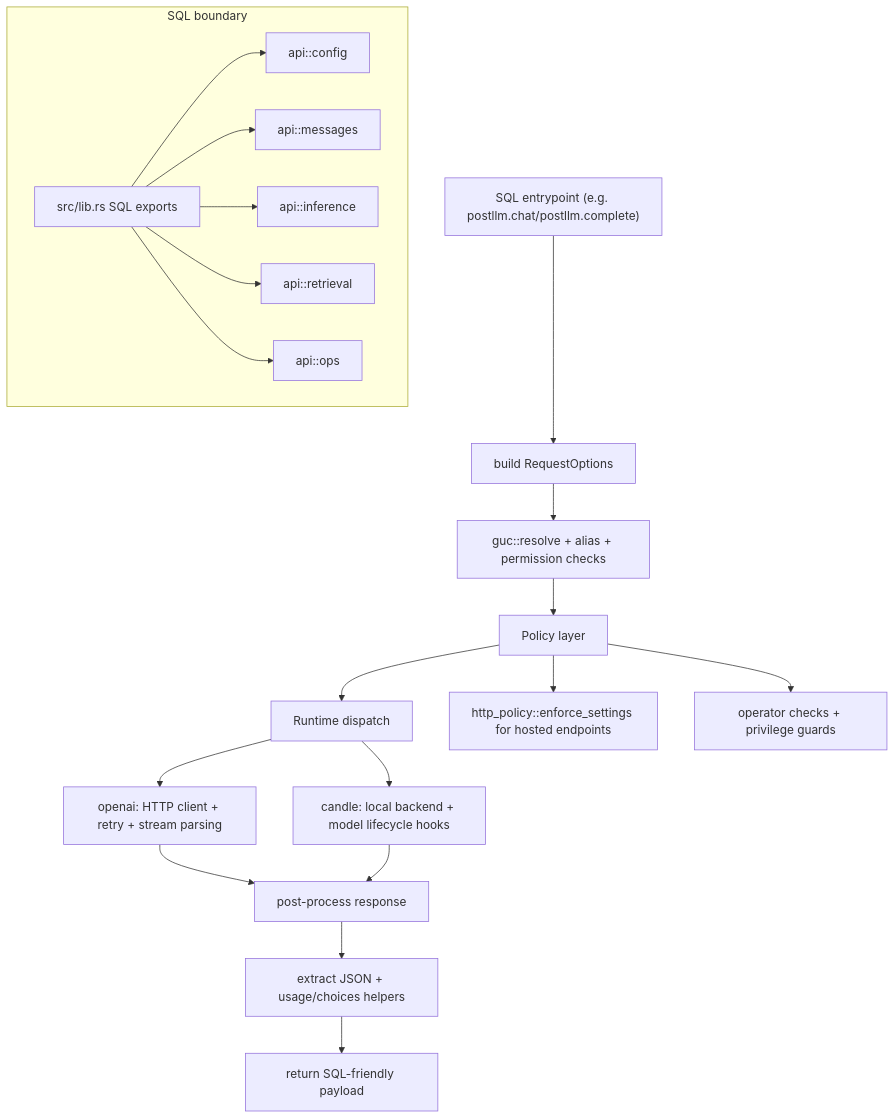
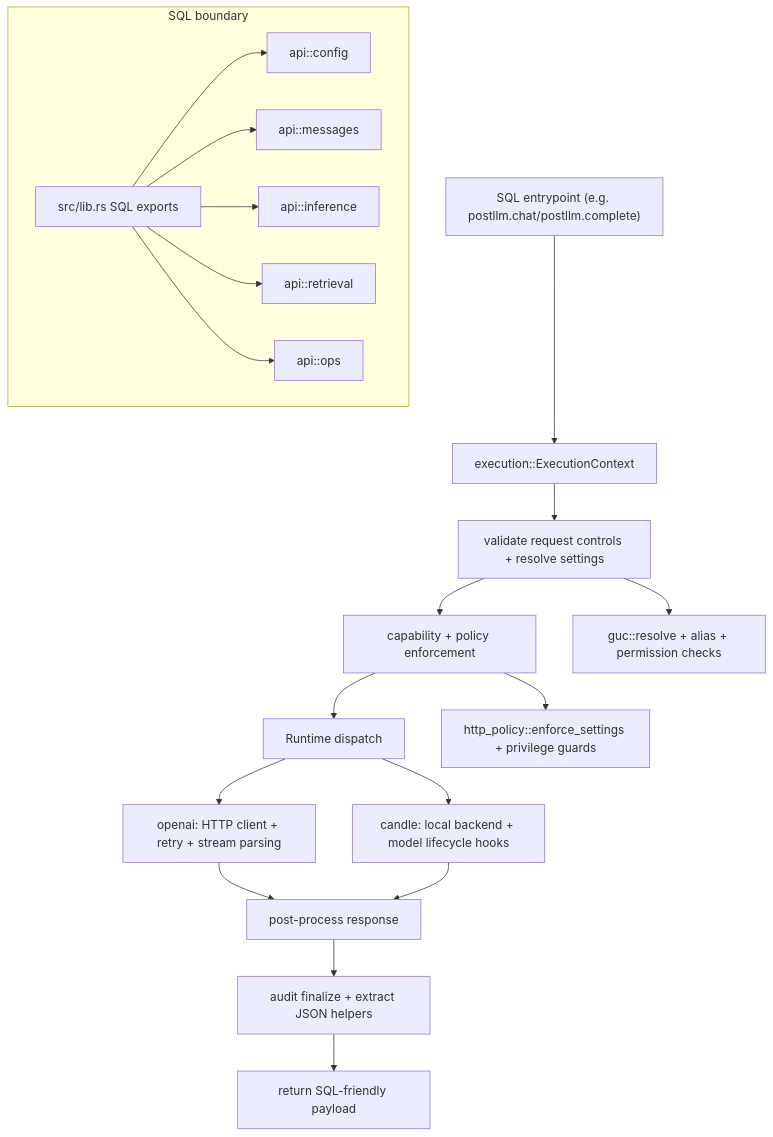
One commit to mrcsparker/postllm changed the diagram in docs/architecture.md. Above: the diagram before and after it, drawn with Mermaid. The commit also changed other lines of this file and 3 other files, not shown here.

Commit message:
Extract request lifecycle into ExecutionContext

````diff
--- a/docs/architecture.md
+++ b/docs/architecture.md
@@ -5,30 +5,30 @@
 ```mermaid
 flowchart TD
-    A["SQL entrypoint (e.g. postllm.chat/postllm.complete)"] --> B["build RequestOptions"]
-    B --> C["guc::resolve + alias + permission checks"]
-    C --> D["Policy layer"]
+    A["SQL entrypoint (e.g. postllm.chat/postllm.complete)"] --> B["execution::ExecutionContext"]
+    B --> C["validate request controls + resolve settings"]
+    C --> D["capability + policy enforcement"]
     D --> E["Runtime dispatch"]
     E --> F["openai: HTTP client + retry + stream parsing"]
     E --> G["candle: local backend + model lifecycle hooks"]
     F --> H["post-process response"]
     G --> H
-    H --> I["extract JSON + usage/choices helpers"]
+    H --> I["audit finalize + extract JSON helpers"]
     I --> J["return SQL-friendly payload"]
-    D --> K["http_policy::enforce_settings for hosted endpoints"]
-    D --> L["operator checks + privilege guards"]
+    C --> K["guc::resolve + alias + permission checks"]
+    D --> L["http_policy::enforce_settings + privilege guards"]
 
     subgraph "SQL boundary"
         S["src/lib.rs SQL exports"]
         N["api::config"]
         O["api::messages"]
         P["api::inference"]
         Q["api::retrieval"]
         R["api::ops"]
     end
 
     S --> N
     S --> O
     S --> P
     S --> Q
     S --> R
 ```
````
